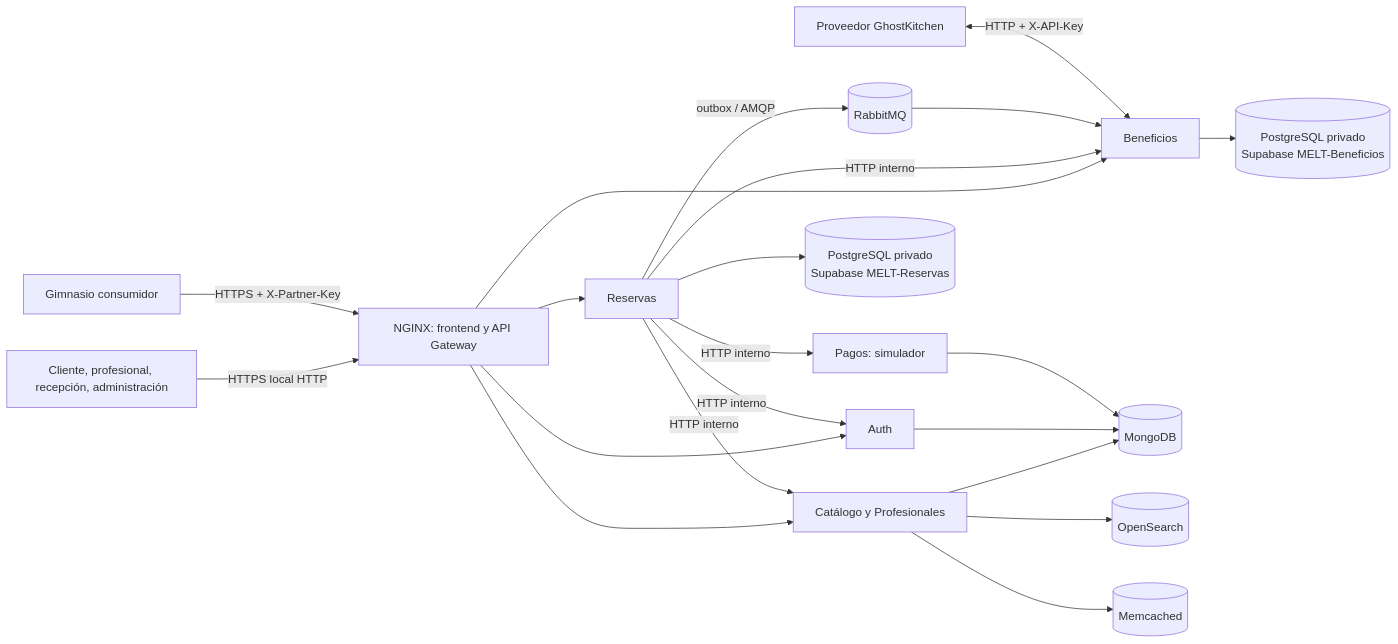
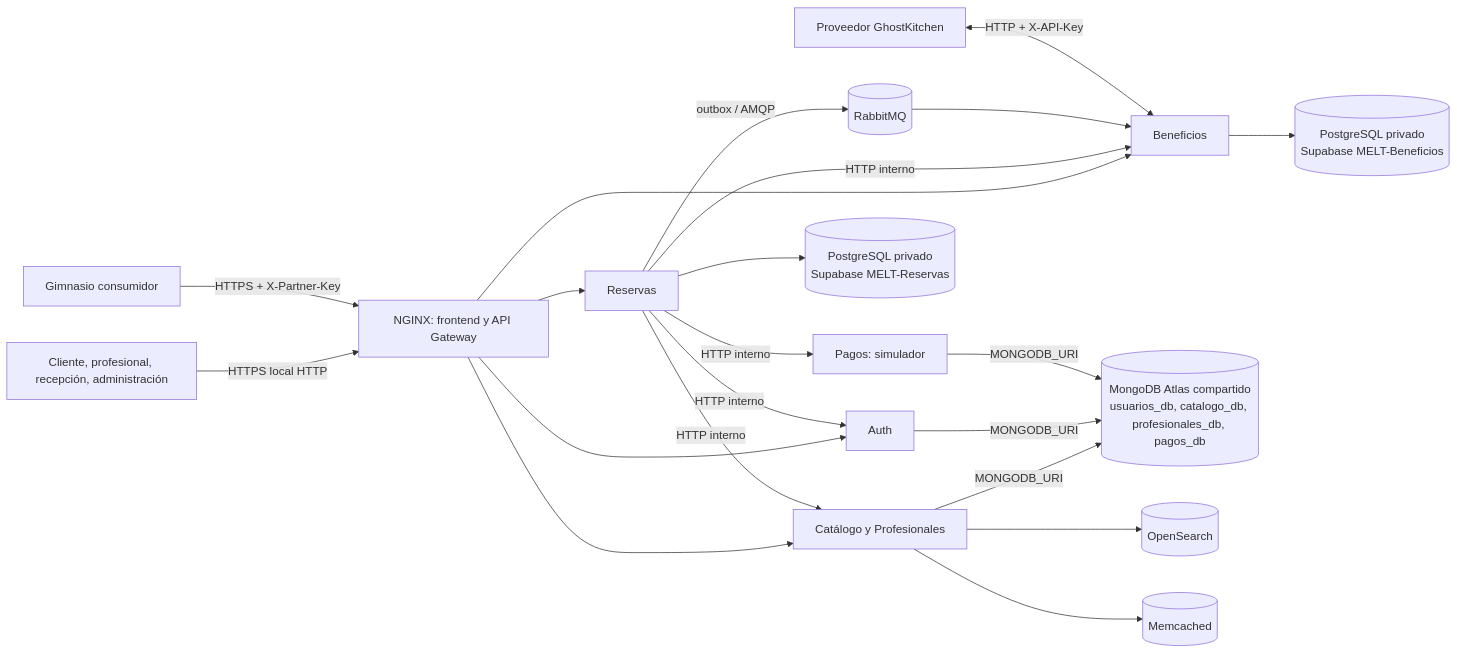
One commit to annagarebertoo/MELT changed the first of 3 diagrams in docs/ARCHITECTURE.md. Above: the diagram before and after it, drawn with Mermaid. The commit also changed other lines of this file and 16 other files, not shown here.

````diff
--- a/docs/ARCHITECTURE.md
+++ b/docs/ARCHITECTURE.md
@@ -7,23 +7,23 @@
 ```mermaid
 flowchart LR
   U[Cliente, profesional, recepción, administración] -->|HTTPS local HTTP| G[NGINX: frontend y API Gateway]
   G --> A[Auth]
   G --> C[Catálogo y Profesionales]
   G --> R[Reservas]
   G --> B[Beneficios]
   R -->|HTTP interno| C
   R -->|HTTP interno| A
   R -->|HTTP interno| P[Pagos: simulador]
   R -->|HTTP interno| B
   R -->|outbox / AMQP| Q[(RabbitMQ)]
   Q --> B
-  C --> M[(MongoDB)]
-  A --> M
-  P --> M
+  C -->|MONGODB_URI| M[(MongoDB Atlas compartido<br/>usuarios_db, catalogo_db, profesionales_db, pagos_db)]
+  A -->|MONGODB_URI| M
+  P -->|MONGODB_URI| M
   R --> RDB[(PostgreSQL privado<br/>Supabase MELT-Reservas)]
   B --> BDB[(PostgreSQL privado<br/>Supabase MELT-Beneficios)]
   C --> O[(OpenSearch)]
   C --> K[(Memcached)]
   J[Proveedor GhostKitchen] <-->|HTTP + X-API-Key| B
   X[Gimnasio consumidor] -->|HTTPS + X-Partner-Key| G
 ```
````
